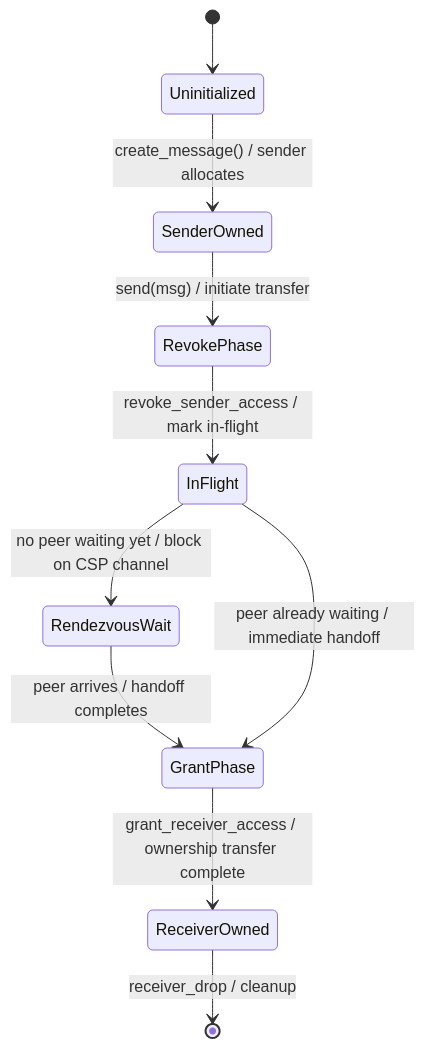
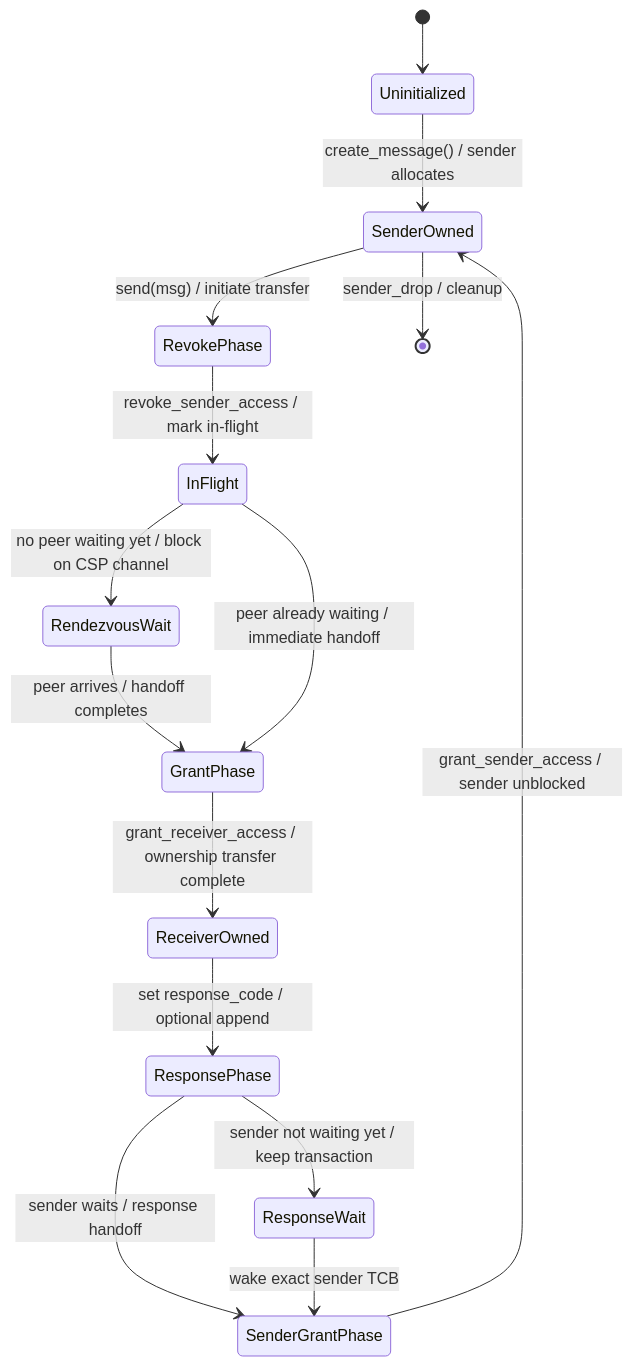
One commit to kmt-t/fireball changed the fifth of 7 diagrams in docs/components/tier1_interface/ipc_router.md. Above: the diagram before and after it, drawn with Mermaid. The commit also changed other lines of this file and 55 other files, not shown here.

Commit message:
Update project architecture and validation artifacts

````diff
--- a/docs/components/tier1_interface/ipc_router.md
+++ b/docs/components/tier1_interface/ipc_router.md
@@ -511,18 +519,23 @@
 ```mermaid
 stateDiagram-v2
     [*] --> Uninitialized
 
     Uninitialized --> SenderOwned: create_message() / sender allocates
 
     SenderOwned --> RevokePhase: send(msg) / initiate transfer
 
     RevokePhase --> InFlight: revoke_sender_access / mark in-flight
 
     InFlight --> RendezvousWait: no peer waiting yet / block on CSP channel
     RendezvousWait --> GrantPhase: peer arrives / handoff completes
     InFlight --> GrantPhase: peer already waiting / immediate handoff
 
     GrantPhase --> ReceiverOwned: grant_receiver_access / ownership transfer complete
+    ReceiverOwned --> ResponsePhase: set response_code / optional append
+    ResponsePhase --> ResponseWait: sender not waiting yet / keep transaction
+    ResponsePhase --> SenderGrantPhase: sender waits / response handoff
+    ResponseWait --> SenderGrantPhase: wake exact sender TCB
+    SenderGrantPhase --> SenderOwned: grant_sender_access / sender unblocked
 
-    ReceiverOwned --> [*]: receiver_drop / cleanup
+    SenderOwned --> [*]: sender_drop / cleanup
 ```
````
